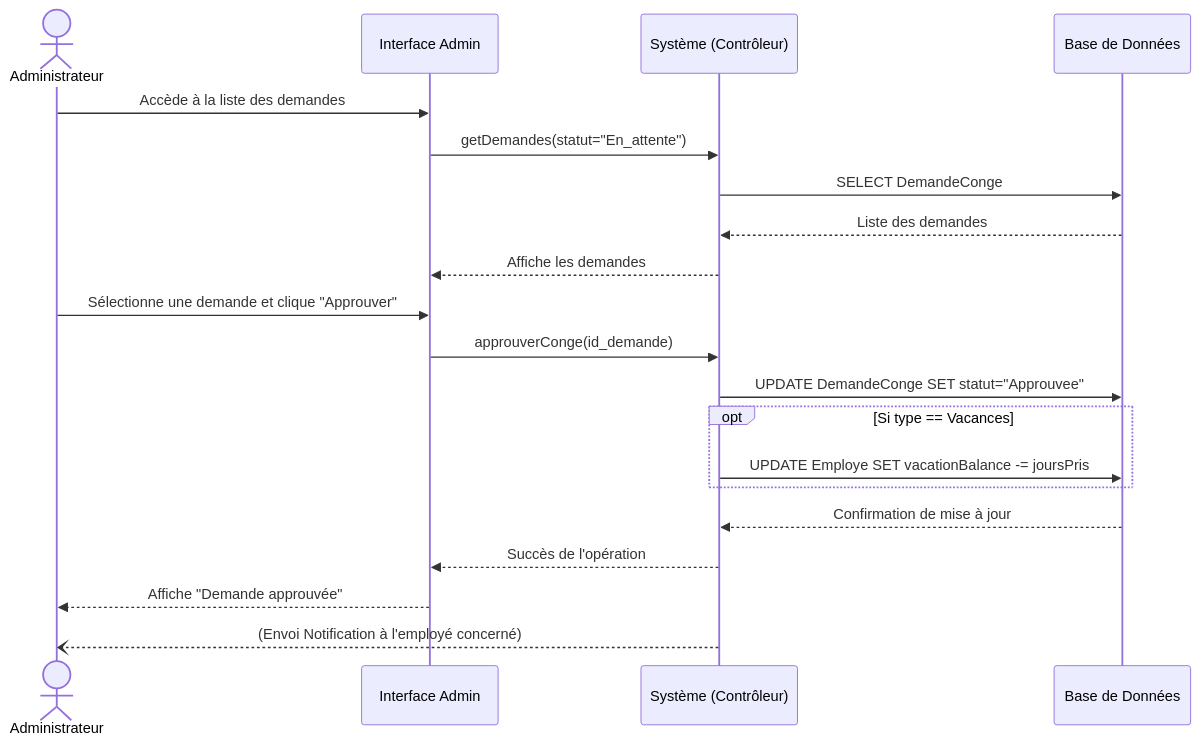
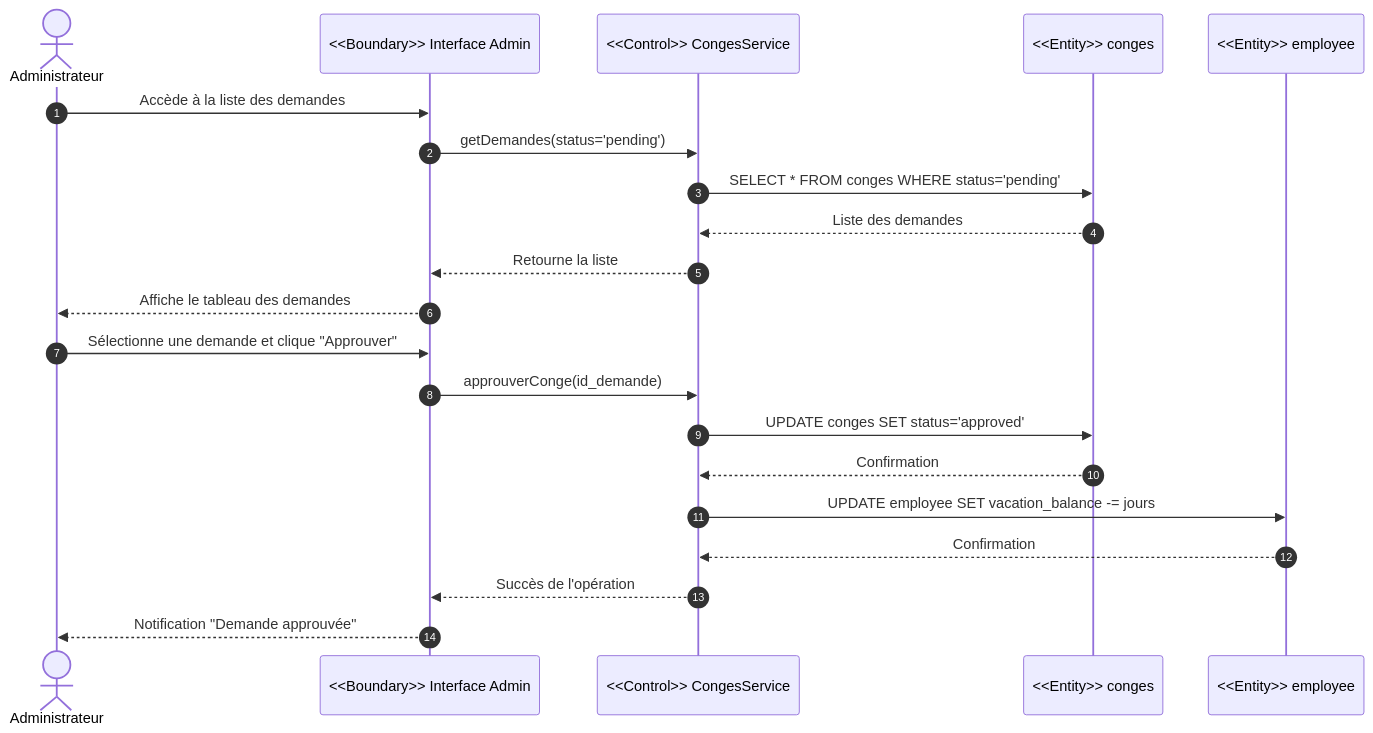
One commit to Wissem-Amiri/PFE2026 changed the fourth of 4 diagrams in sprint2_conception.md. Above: the diagram before and after it, drawn with Mermaid. The commit also changed other lines of this file, not shown here.

````diff
--- a/sprint2_conception.md
+++ b/sprint2_conception.md
@@ -138,27 +144,28 @@
 ```mermaid
 sequenceDiagram
+    autonumber
     actor A as Administrateur
-    participant I as Interface Admin
-    participant S as Système (Contrôleur)
-    participant B as Base de Données
+    participant I as <<Boundary>> Interface Admin
+    participant S as <<Control>> CongesService
+    participant B as <<Entity>> conges
+    participant EmpDB as <<Entity>> employee
 
     A->>I: Accède à la liste des demandes
-    I->>S: getDemandes(statut="En_attente")
-    S->>B: SELECT DemandeConge
+    I->>S: getDemandes(status='pending')
+    S->>B: SELECT * FROM conges WHERE status='pending'
     B-->>S: Liste des demandes
-    S-->>I: Affiche les demandes
+    S-->>I: Retourne la liste
+    I-->>A: Affiche le tableau des demandes
     
     A->>I: Sélectionne une demande et clique "Approuver"
     I->>S: approuverConge(id_demande)
     
-    S->>B: UPDATE DemandeConge SET statut="Approuvee"
+    S->>B: UPDATE conges SET status='approved'
+    B-->>S: Confirmation
     
-    opt Si type == Vacances
-        S->>B: UPDATE Employe SET vacationBalance -= joursPris
-    end
+    S->>EmpDB: UPDATE employee SET vacation_balance -= jours
+    EmpDB-->>S: Confirmation
     
-    B-->>S: Confirmation de mise à jour
     S-->>I: Succès de l'opération
-    I-->>A: Affiche "Demande approuvée"
-    S--)A: (Envoi Notification à l'employé concerné)
+    I-->>A: Notification "Demande approuvée"
 ```
````
